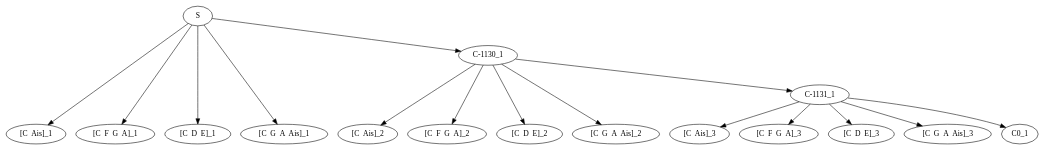
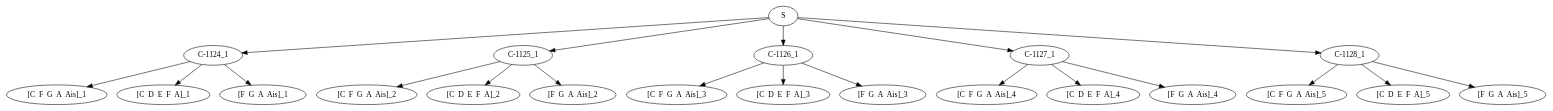
Before and after one commit to dousu/MAILM: the diagram in RESULT/dot/generation_3_utterance_1.dot, drawn with Graphviz. The commit also changed 45 other files, not shown here.

```diff
--- a/RESULT/dot/generation_3_utterance_1.dot
+++ b/RESULT/dot/generation_3_utterance_1.dot
@@ -1,23 +1,26 @@
 digraph sample{
-"S" -> "[C  Ais]_1";
-"S" -> "[C  F  G  A]_1";
-"S" -> "[C  D  E]_1";
-"S" -> "[C  G  A  Ais]_1";
-"S" -> "C-1130_1";
-"C-1130_1" -> "[C  Ais]_2";
-"C-1130_1" -> "[C  F  G  A]_2";
-"C-1130_1" -> "[C  D  E]_2";
-"C-1130_1" -> "[C  G  A  Ais]_2";
-"C-1130_1" -> "C-1131_1";
-"C-1131_1" -> "[C  Ais]_3";
-"C-1131_1" -> "[C  F  G  A]_3";
-"C-1131_1" -> "[C  D  E]_3";
-"C-1131_1" -> "[C  G  A  Ais]_3";
-"C-1131_1" -> "C0_1";
+"S" -> "C-1124_1";
+"C-1124_1" -> "[C  F  G  A  Ais]_1";
+"C-1124_1" -> "[C  D  E  F  A]_1";
+"C-1124_1" -> "[F  G  A  Ais]_1";
+"S" -> "C-1125_1";
+"C-1125_1" -> "[C  F  G  A  Ais]_2";
+"C-1125_1" -> "[C  D  E  F  A]_2";
+"C-1125_1" -> "[F  G  A  Ais]_2";
+"S" -> "C-1126_1";
+"C-1126_1" -> "[C  F  G  A  Ais]_3";
+"C-1126_1" -> "[C  D  E  F  A]_3";
+"C-1126_1" -> "[F  G  A  Ais]_3";
+"S" -> "C-1127_1";
+"C-1127_1" -> "[C  F  G  A  Ais]_4";
+"C-1127_1" -> "[C  D  E  F  A]_4";
+"C-1127_1" -> "[F  G  A  Ais]_4";
+"S" -> "C-1128_1";
+"C-1128_1" -> "[C  F  G  A  Ais]_5";
+"C-1128_1" -> "[C  D  E  F  A]_5";
+"C-1128_1" -> "[F  G  A  Ais]_5";
 
 {rank = min; "S";}
-{rank = same; "C-1130_1";}
-{rank = same; "C-1131_1";}
-{rank = same; "C0_1";}
-{rank = same; "[C  Ais]_1"; "[C  Ais]_2"; "[C  Ais]_3"; "[C  D  E]_1"; "[C  D  E]_2"; "[C  D  E]_3"; "[C  F  G  A]_1"; "[C  F  G  A]_2"; "[C  F  G  A]_3"; "[C  G  A  Ais]_1"; "[C  G  A  Ais]_2"; "[C  G  A  Ais]_3";}
+{rank = same; "C-1124_1"; "C-1125_1"; "C-1126_1"; "C-1127_1"; "C-1128_1";}
+{rank = same; "[C  D  E  F  A]_1"; "[C  D  E  F  A]_2"; "[C  D  E  F  A]_3"; "[C  D  E  F  A]_4"; "[C  D  E  F  A]_5"; "[C  F  G  A  Ais]_1"; "[C  F  G  A  Ais]_2"; "[C  F  G  A  Ais]_3"; "[C  F  G  A  Ais]_4"; "[C  F  G  A  Ais]_5"; "[F  G  A  Ais]_1"; "[F  G  A  Ais]_2"; "[F  G  A  Ais]_3"; "[F  G  A  Ais]_4"; "[F  G  A  Ais]_5";}
 }
```
